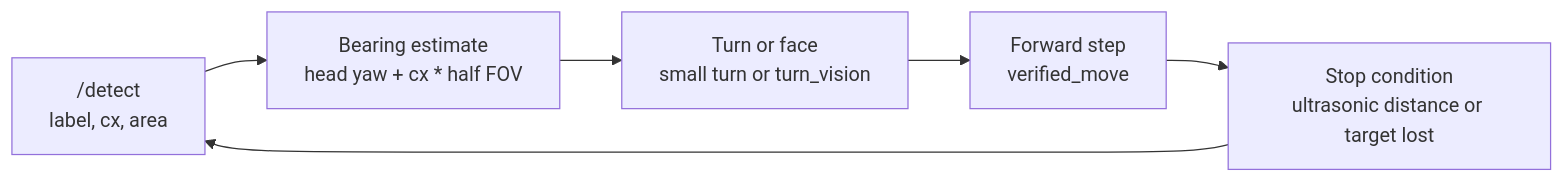
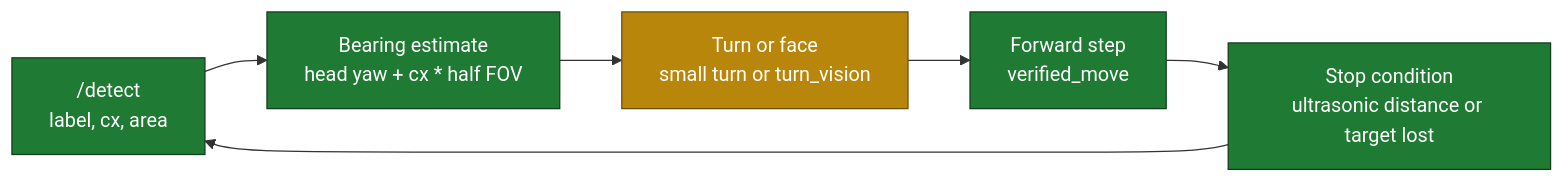
Before and after one commit to alexbhandari/pidog-public: the fourth of 6 diagrams in ARCHITECTURE.md, drawn with Mermaid. The commit also changed other lines of this file, not shown here.

Commit message:
sync public docs: OVERVIEW + STATUS + ARCHITECTURE (+ recordings) (2026-06-18)

````diff
--- a/ARCHITECTURE.md
+++ b/ARCHITECTURE.md
@@ -151,8 +179,12 @@
 ```mermaid
 flowchart LR
   Detect["/detect<br/>label, cx, area"] --> Bearing["Bearing estimate<br/>head yaw + cx * half FOV"]
   Bearing --> Turn["Turn or face<br/>small turn or turn_vision"]
   Turn --> Approach["Forward step<br/>verified_move"]
   Approach --> Stop["Stop condition<br/>ultrasonic distance or target lost"]
   Stop --> Detect
+  classDef proven fill:#1f7a33,stroke:#0f3d1a,color:#fff
+  classDef wip fill:#b8860b,stroke:#6b4f08,color:#fff
+  class Detect,Bearing,Approach,Stop proven
+  class Turn wip
 ```
````
